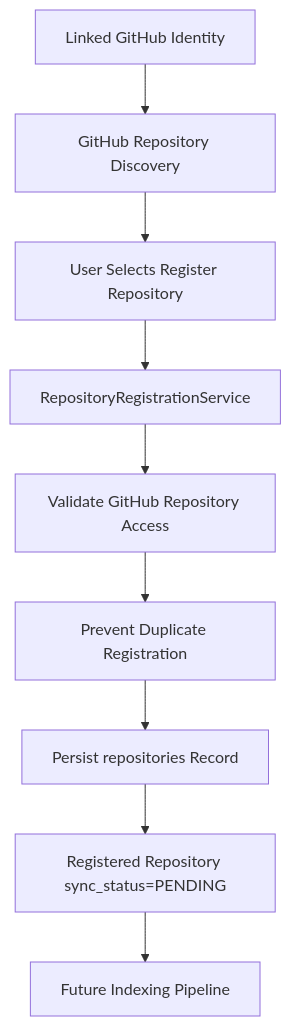
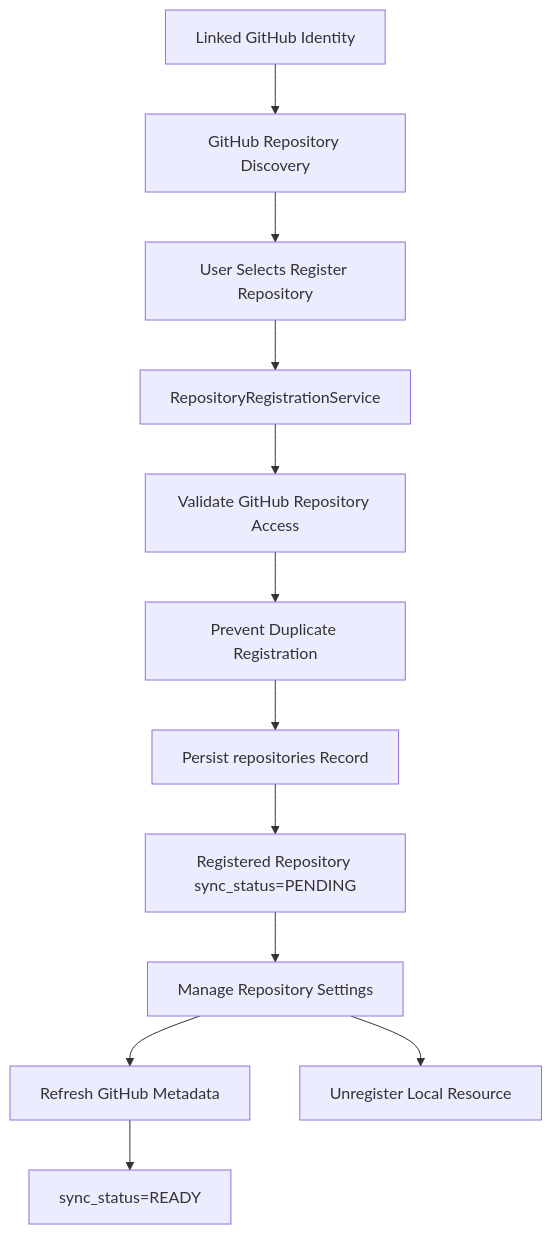
One commit to Karthikrnaik24/RepoMind_AI changed the second of 4 diagrams in docs/REPOSITORY_ARCHITECTURE.md. Above: the diagram before and after it, drawn with Mermaid. The commit also changed other lines of this file and 17 other files, not shown here.

````diff
--- a/docs/REPOSITORY_ARCHITECTURE.md
+++ b/docs/REPOSITORY_ARCHITECTURE.md
@@ -27,11 +54,14 @@
 ```mermaid
 flowchart TD
     A["Linked GitHub Identity"] --> B["GitHub Repository Discovery"]
     B --> C["User Selects Register Repository"]
     C --> D["RepositoryRegistrationService"]
     D --> E["Validate GitHub Repository Access"]
     E --> F["Prevent Duplicate Registration"]
     F --> G["Persist repositories Record"]
     G --> H["Registered Repository sync_status=PENDING"]
-    H --> I["Future Indexing Pipeline"]
+    H --> I["Manage Repository Settings"]
+    I --> J["Refresh GitHub Metadata"]
+    I --> K["Unregister Local Resource"]
+    J --> L["sync_status=READY"]
 ```
````
